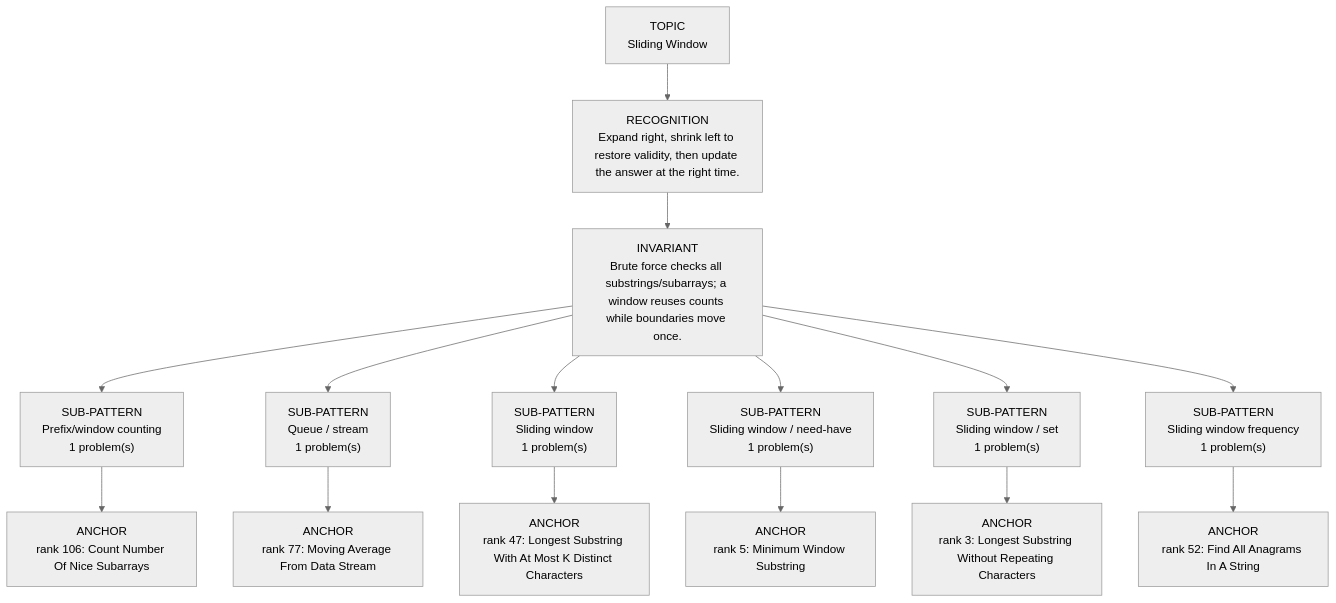
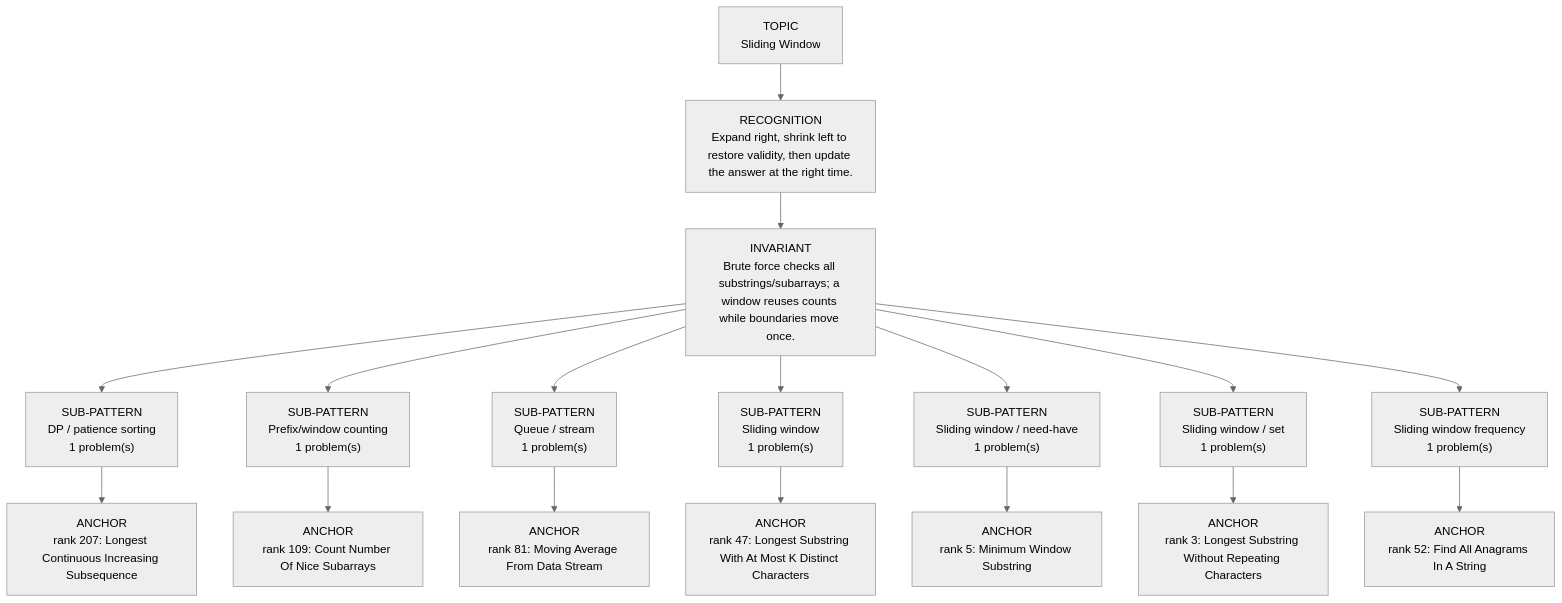
The diagram in dsa-review/interview/patterns/03_sliding_window.md (thechiranjeevjain/DSA10days), drawn with Mermaid (neutral theme) before and after one commit. The commit also changed other lines of this file and 51 other files, not shown here.

````diff
--- a/dsa-review/interview/patterns/03_sliding_window.md
+++ b/dsa-review/interview/patterns/03_sliding_window.md
@@ -15,19 +15,21 @@
 ```mermaid
 flowchart TD
   Topic["TOPIC<br/>Sliding Window"]
   Recognition["RECOGNITION<br/>Expand right, shrink left to restore validity, then update the answer at the right time."]
   Invariant["INVARIANT<br/>Brute force checks all substrings/subarrays; a window reuses counts while boundaries move once."]
   Topic --> Recognition --> Invariant
-  Invariant --> Sub01["SUB-PATTERN<br/>Prefix/window counting<br/>1 problem(s)"]
-  Sub01 --> Sub01A01["ANCHOR<br/>rank 106: Count Number Of Nice Subarrays"]
-  Invariant --> Sub02["SUB-PATTERN<br/>Queue / stream<br/>1 problem(s)"]
-  Sub02 --> Sub02A01["ANCHOR<br/>rank 77: Moving Average From Data Stream"]
-  Invariant --> Sub03["SUB-PATTERN<br/>Sliding window<br/>1 problem(s)"]
-  Sub03 --> Sub03A01["ANCHOR<br/>rank 47: Longest Substring With At Most K Distinct Characters"]
-  Invariant --> Sub04["SUB-PATTERN<br/>Sliding window / need-have<br/>1 problem(s)"]
-  Sub04 --> Sub04A01["ANCHOR<br/>rank 5: Minimum Window Substring"]
-  Invariant --> Sub05["SUB-PATTERN<br/>Sliding window / set<br/>1 problem(s)"]
-  Sub05 --> Sub05A01["ANCHOR<br/>rank 3: Longest Substring Without Repeating Characters"]
-  Invariant --> Sub06["SUB-PATTERN<br/>Sliding window frequency<br/>1 problem(s)"]
-  Sub06 --> Sub06A01["ANCHOR<br/>rank 52: Find All Anagrams In A String"]
+  Invariant --> Sub01["SUB-PATTERN<br/>DP / patience sorting<br/>1 problem(s)"]
+  Sub01 --> Sub01A01["ANCHOR<br/>rank 207: Longest Continuous Increasing Subsequence"]
+  Invariant --> Sub02["SUB-PATTERN<br/>Prefix/window counting<br/>1 problem(s)"]
+  Sub02 --> Sub02A01["ANCHOR<br/>rank 109: Count Number Of Nice Subarrays"]
+  Invariant --> Sub03["SUB-PATTERN<br/>Queue / stream<br/>1 problem(s)"]
+  Sub03 --> Sub03A01["ANCHOR<br/>rank 81: Moving Average From Data Stream"]
+  Invariant --> Sub04["SUB-PATTERN<br/>Sliding window<br/>1 problem(s)"]
+  Sub04 --> Sub04A01["ANCHOR<br/>rank 47: Longest Substring With At Most K Distinct Characters"]
+  Invariant --> Sub05["SUB-PATTERN<br/>Sliding window / need-have<br/>1 problem(s)"]
+  Sub05 --> Sub05A01["ANCHOR<br/>rank 5: Minimum Window Substring"]
+  Invariant --> Sub06["SUB-PATTERN<br/>Sliding window / set<br/>1 problem(s)"]
+  Sub06 --> Sub06A01["ANCHOR<br/>rank 3: Longest Substring Without Repeating Characters"]
+  Invariant --> Sub07["SUB-PATTERN<br/>Sliding window frequency<br/>1 problem(s)"]
+  Sub07 --> Sub07A01["ANCHOR<br/>rank 52: Find All Anagrams In A String"]
 ```
````
